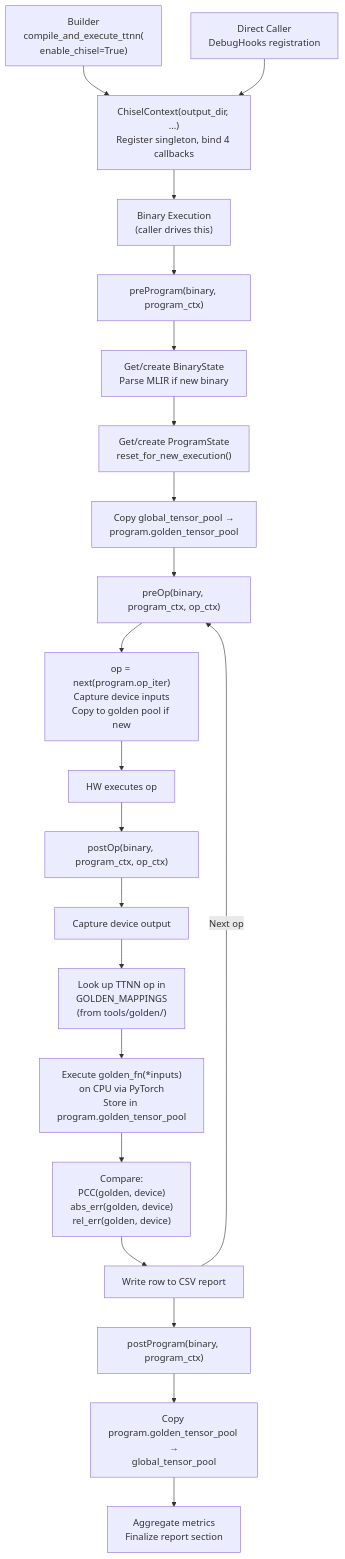
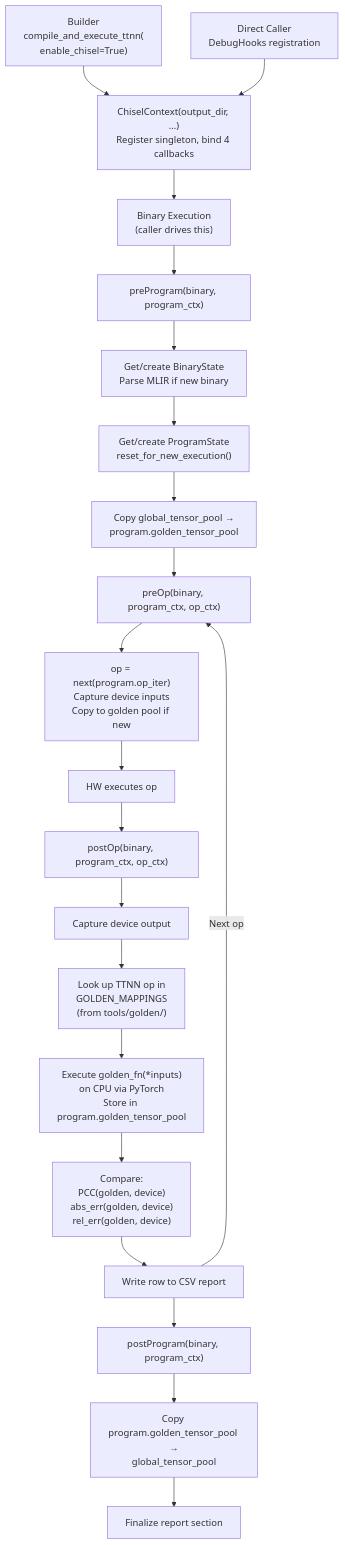
The second of 4 diagrams in tools/chisel/docs/architecture.md (tenstorrent/tt-mlir), drawn with Mermaid before and after one commit. The commit also changed other lines of this file and 5 other files, not shown here.

````diff
--- a/tools/chisel/docs/architecture.md
+++ b/tools/chisel/docs/architecture.md
@@ -135,32 +135,32 @@
 ```mermaid
 flowchart TD;
     BUILDER["Builder<br/>compile_and_execute_ttnn(<br/>enable_chisel=True)"]
     DIRECT["Direct Caller<br/>DebugHooks registration"]
 
     BUILDER --> INIT["ChiselContext(output_dir, ...)<br/>Register singleton, bind 4 callbacks"]
     DIRECT --> INIT
 
     INIT --> EXEC["Binary Execution<br/>(caller drives this)"]
 
     EXEC --> PREPROG["preProgram(binary, program_ctx)"]
     PREPROG --> S0["Get/create BinaryState<br/>Parse MLIR if new binary"]
     S0 --> S1["Get/create ProgramState<br/>reset_for_new_execution()"]
     S1 --> S2["Copy global_tensor_pool →<br/>program.golden_tensor_pool"]
 
     S2 --> PREOP["preOp(binary, program_ctx, op_ctx)"]
     PREOP --> S3["op = next(program.op_iter)<br/>Capture device inputs<br/>Copy to golden pool if new"]
 
     S3 --> HW["HW executes op"]
     HW --> POSTOP["postOp(binary, program_ctx, op_ctx)"]
     POSTOP --> S4["Capture device output"]
     S4 --> S5["Look up TTNN op in<br/>GOLDEN_MAPPINGS<br/>(from tools/golden/)"]
     S5 --> S6["Execute golden_fn(*inputs)<br/>on CPU via PyTorch<br/>Store in program.golden_tensor_pool"]
     S6 --> S7["Compare:<br/>PCC(golden, device)<br/>abs_err(golden, device)<br/>rel_err(golden, device)"]
     S7 --> S8["Write row to CSV report"]
 
     S8 -->|"Next op"| PREOP
 
     S8 --> POSTPROG["postProgram(binary, program_ctx)"]
     POSTPROG --> S9["Copy program.golden_tensor_pool →<br/>global_tensor_pool"]
-    S9 --> S10["Aggregate metrics<br/>Finalize report section"]
+    S9 --> S10["Finalize report section"]
 ```
````
